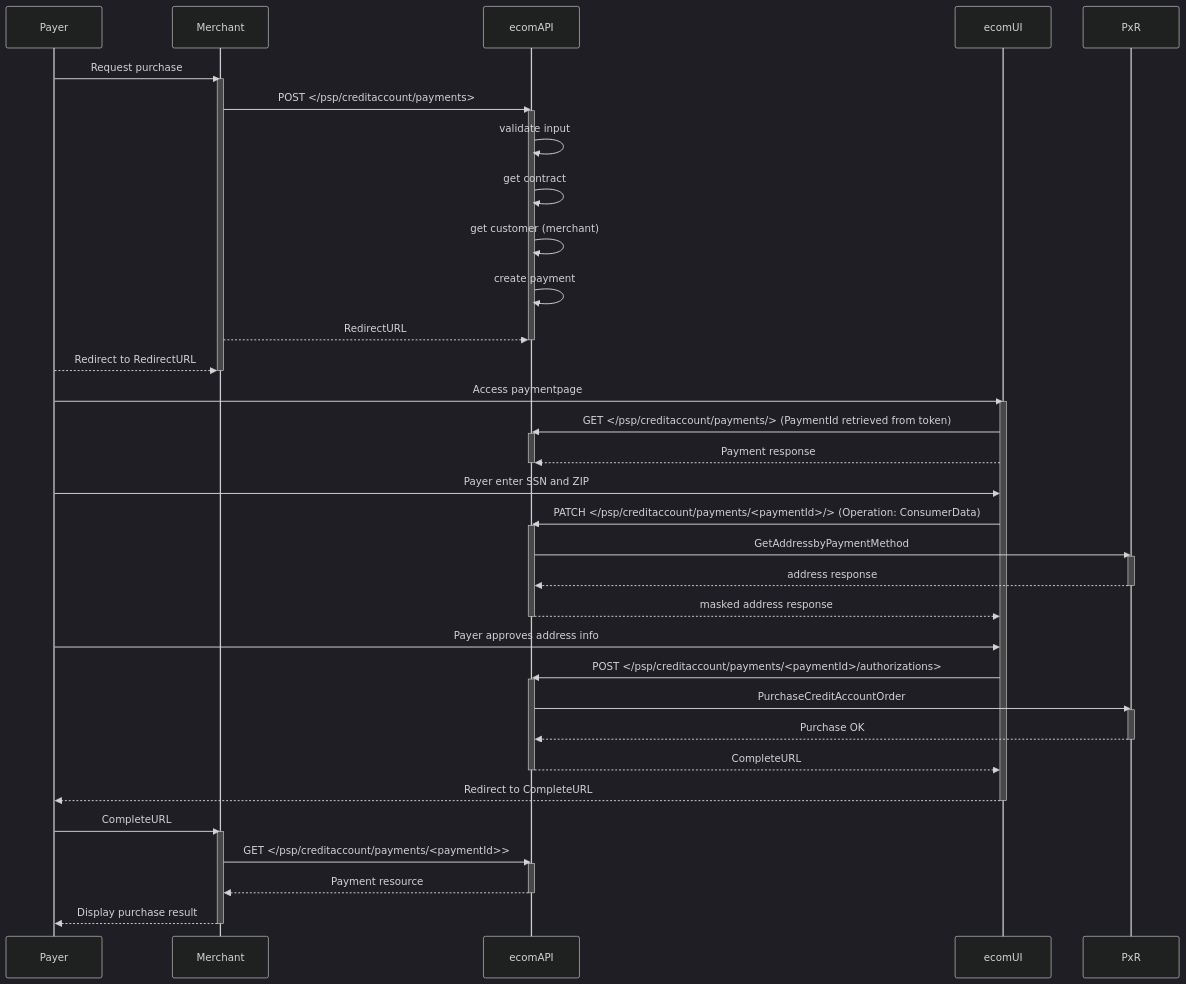
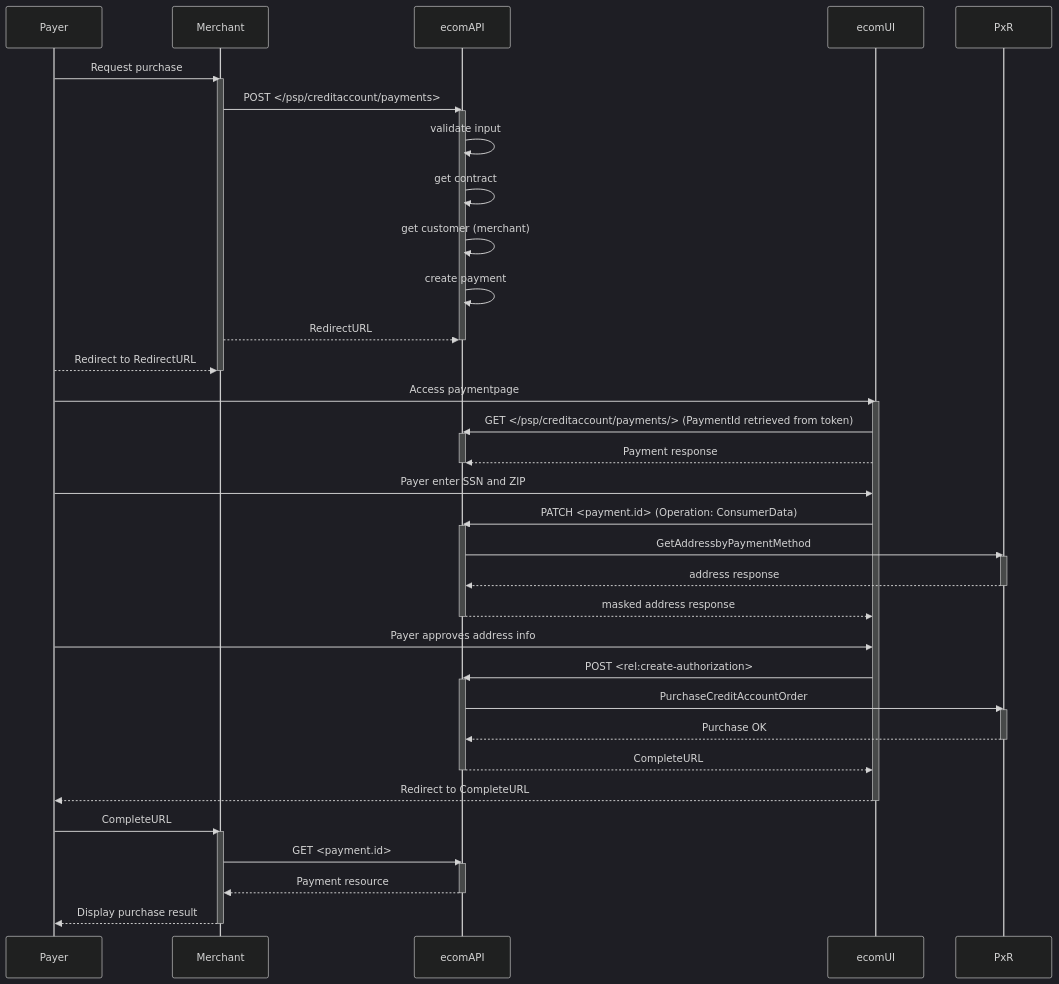
The second of 2 diagrams in payments/credit/index.md (SwedbankPay/developer.swedbankpay.com), drawn with Mermaid (dark theme) before and after one commit. The commit also changed other lines of this file and 15 other files, not shown here.

````diff
--- a/payments/credit/index.md
+++ b/payments/credit/index.md
@@ -117,56 +117,56 @@
 ```mermaid
 sequenceDiagram
   Payer ->> Merchant: Request purchase
   activate Merchant
   Merchant ->> ecomAPI: POST </psp/creditaccount/payments>
   activate ecomAPI
       ecomAPI ->> ecomAPI: validate input
       ecomAPI ->> ecomAPI: get contract
       ecomAPI ->> ecomAPI: get customer (merchant)
       ecomAPI ->> ecomAPI: create payment
       Merchant -->> ecomAPI: RedirectURL
   deactivate ecomAPI
   Payer -->> Merchant: Redirect to RedirectURL
   deactivate Merchant
 
 
   Payer ->> ecomUI: Access paymentpage
       activate ecomUI
       ecomUI ->> ecomAPI: GET </psp/creditaccount/payments/> (PaymentId retrieved from token)
       activate ecomAPI
       ecomUI -->> ecomAPI: Payment response
       deactivate ecomAPI
 
       Payer ->> ecomUI: Payer enter SSN and ZIP
 
-      ecomUI ->> ecomAPI: PATCH </psp/creditaccount/payments/<paymentId>/> (Operation: ConsumerData)
+      ecomUI ->> ecomAPI: PATCH <payment.id> (Operation: ConsumerData)
       activate ecomAPI
       ecomAPI ->> PxR: GetAddressbyPaymentMethod
       activate PxR
       PxR -->> ecomAPI: address response
       deactivate PxR
       ecomAPI -->> ecomUI: masked address response
       deactivate ecomAPI
 
       Payer ->> ecomUI: Payer approves address info
 
-      ecomUI ->> ecomAPI:  POST </psp/creditaccount/payments/<paymentId>/authorizations>
+      ecomUI ->> ecomAPI:  POST <rel:create-authorization>
       activate ecomAPI
       ecomAPI ->> PxR: PurchaseCreditAccountOrder
           activate PxR
           PxR -->> ecomAPI: Purchase OK
           deactivate PxR
       ecomAPI -->> ecomUI: CompleteURL
       deactivate ecomAPI
       ecomUI -->> Payer: Redirect to CompleteURL
       deactivate ecomUI
   Payer ->> Merchant: CompleteURL
 
   activate Merchant
-  Merchant ->> ecomAPI: GET </psp/creditaccount/payments/<paymentId>>
+  Merchant ->> ecomAPI: GET <payment.id>
   activate ecomAPI
   ecomAPI -->> Merchant: Payment resource
   deactivate ecomAPI
   Merchant -->> Payer: Display purchase result
   deactivate Merchant
 ```
````
